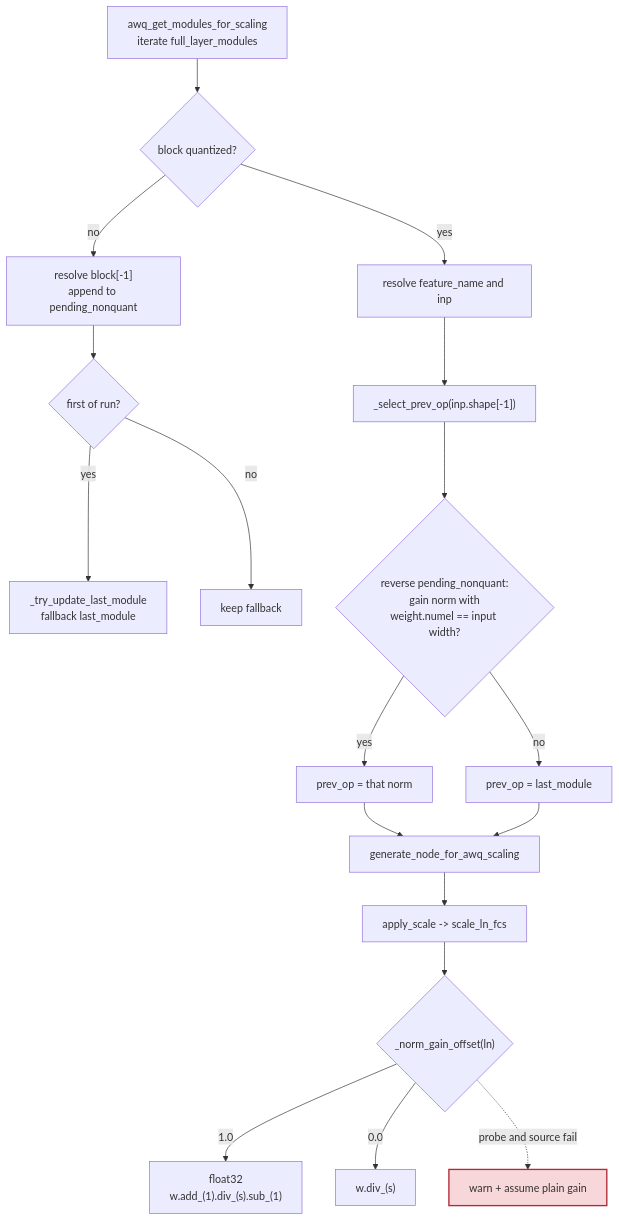
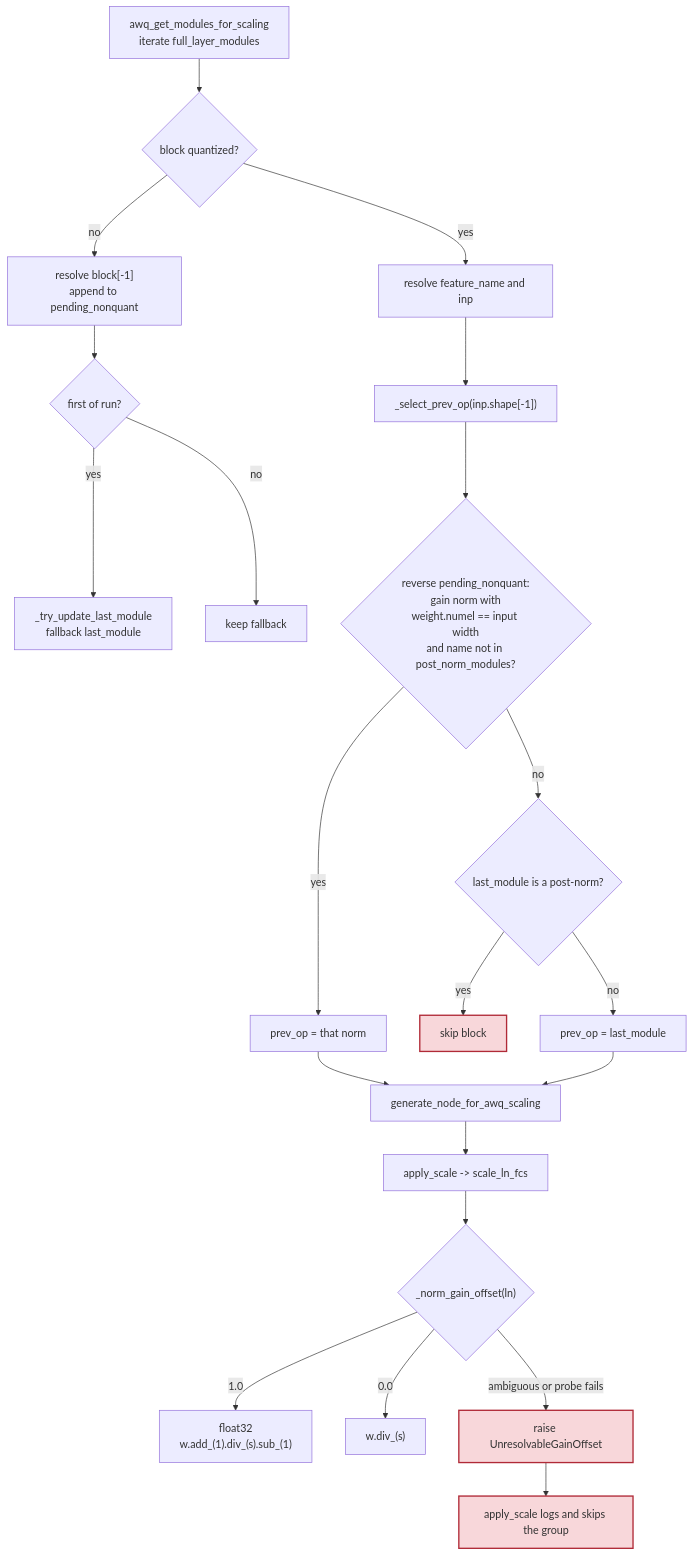
Before and after one commit to ModelCloud/GPTQModel: the diagram in docs/awq-scale-folding.md, drawn with Mermaid. The commit also changed other lines of this file and 12 other files, not shown here.

First line of the commit message:
fix(awq,adapter): honor norm data flow and PEFT pattern rules (#4002)

````diff
--- a/docs/awq-scale-folding.md
+++ b/docs/awq-scale-folding.md
@@ -24,21 +28,26 @@
 ```mermaid
 flowchart TD
     A["awq_get_modules_for_scaling<br/>iterate full_layer_modules"] --> B{"block quantized?"}
     B -- "no" --> C["resolve block[-1]<br/>append to pending_nonquant"]
     C --> D{"first of run?"}
     D -- "yes" --> E["_try_update_last_module<br/>fallback last_module"]
     D -- "no" --> F["keep fallback"]
     B -- "yes" --> G["resolve feature_name and inp"]
     G --> H["_select_prev_op(inp.shape[-1])"]
-    H --> I{"reverse pending_nonquant:<br/>gain norm with<br/>weight.numel == input width?"}
+    H --> I{"reverse pending_nonquant:<br/>gain norm with<br/>weight.numel == input width<br/>and name not in post_norm_modules?"}
     I -- "yes" --> J["prev_op = that norm"]
-    I -- "no" --> K["prev_op = last_module"]
+    I -- "no" --> K{"last_module is a post-norm?"}
+    K -- "yes" --> K2["skip block"]
+    K -- "no" --> K3["prev_op = last_module"]
     J --> L["generate_node_for_awq_scaling"]
-    K --> L
+    K3 --> L
     L --> M["apply_scale -> scale_ln_fcs"]
     M --> N{"_norm_gain_offset(ln)"}
     N -- "1.0" --> O["float32<br/>w.add_(1).div_(s).sub_(1)"]
     N -- "0.0" --> P["w.div_(s)"]
-    N -. "probe and source fail" .-> Q["warn + assume plain gain"]
+    N -- "ambiguous or probe fails" --> Q["raise UnresolvableGainOffset"]
+    Q --> Q2["apply_scale logs and skips the group"]
+    style K2 fill:#f8d7da,stroke:#b02a37,stroke-width:2px
     style Q fill:#f8d7da,stroke:#b02a37,stroke-width:2px
+    style Q2 fill:#f8d7da,stroke:#b02a37,stroke-width:2px
 ```
````
